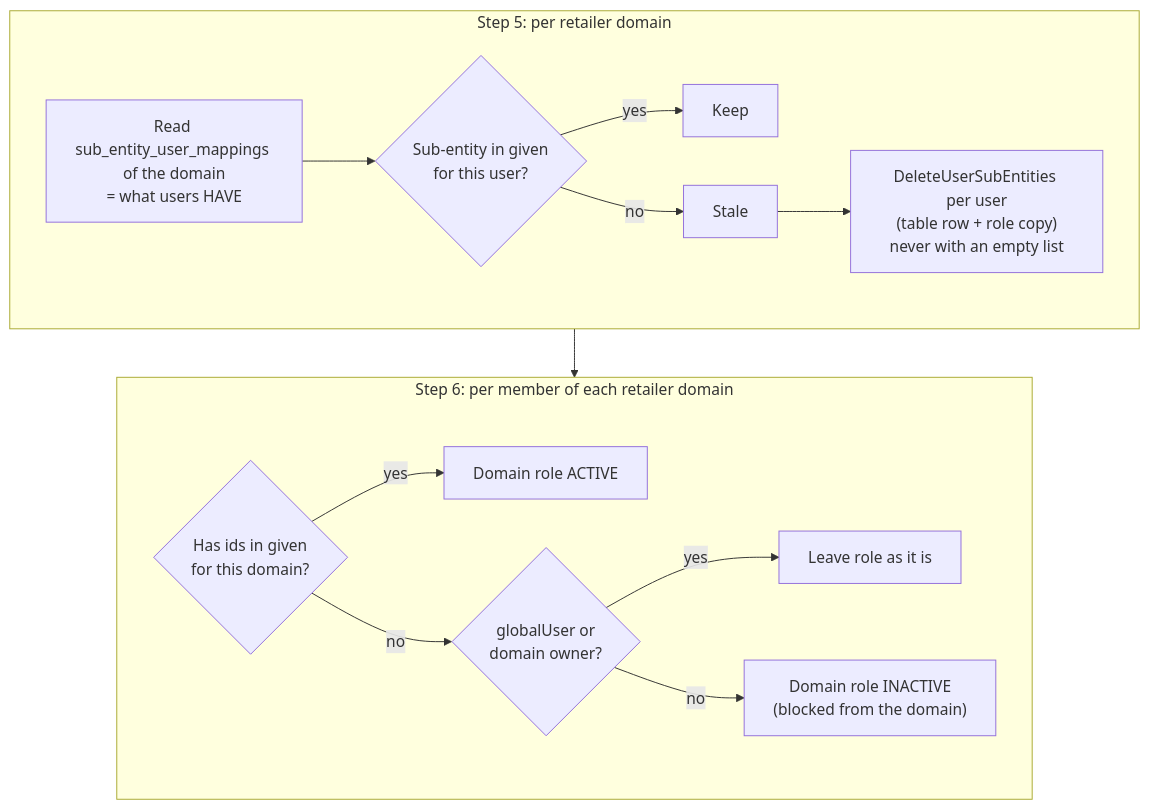
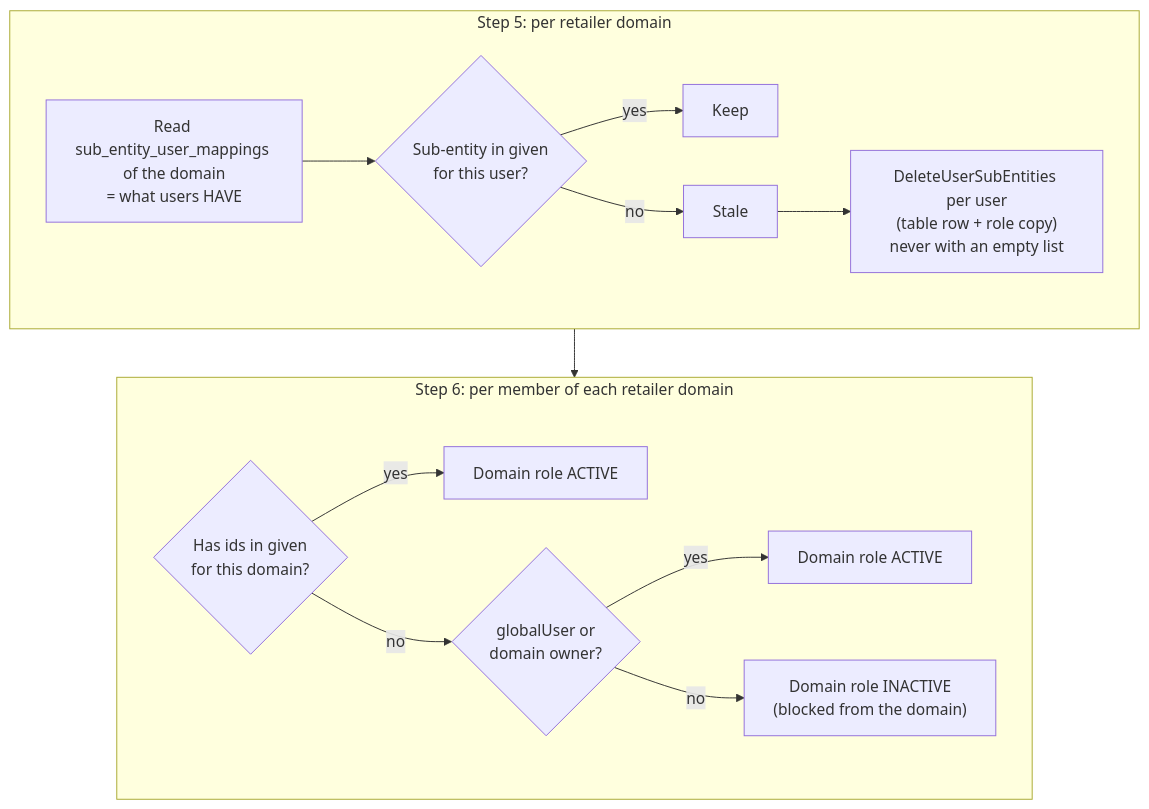
Before and after one commit to vijetapriya1/Vijeta-docs: the seventh of 7 diagrams in sync_subentities.md, drawn with Mermaid. The commit also changed other lines of this file, not shown here.

````diff
--- a/sync_subentities.md
+++ b/sync_subentities.md
@@ -235,19 +241,19 @@
 ```mermaid
 flowchart TD
     subgraph s5["Step 5: per retailer domain"]
         R1["Read sub_entity_user_mappings of the domain<br/>= what users HAVE"] --> R2{"Sub-entity in given<br/>for this user?"}
         R2 -->|yes| Keep["Keep"]
         R2 -->|no| Stale["Stale"]
         Stale --> Del["DeleteUserSubEntities per user<br/>(table row + role copy)<br/>never with an empty list"]
     end
 
     subgraph s6["Step 6: per member of each retailer domain"]
         M1{"Has ids in given<br/>for this domain?"}
         M1 -->|yes| A["Domain role ACTIVE"]
         M1 -->|no| M2{"globalUser or<br/>domain owner?"}
-        M2 -->|yes| L["Leave role as it is"]
+        M2 -->|yes| L["Domain role ACTIVE"]
         M2 -->|no| I["Domain role INACTIVE<br/>(blocked from the domain)"]
     end
 
     s5 --> s6
 ```
````
